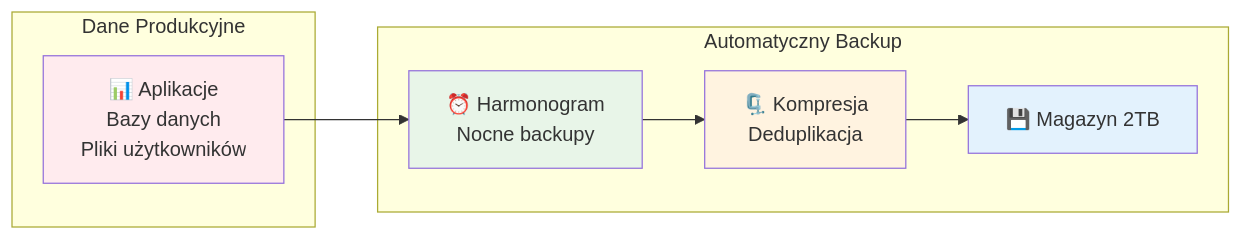
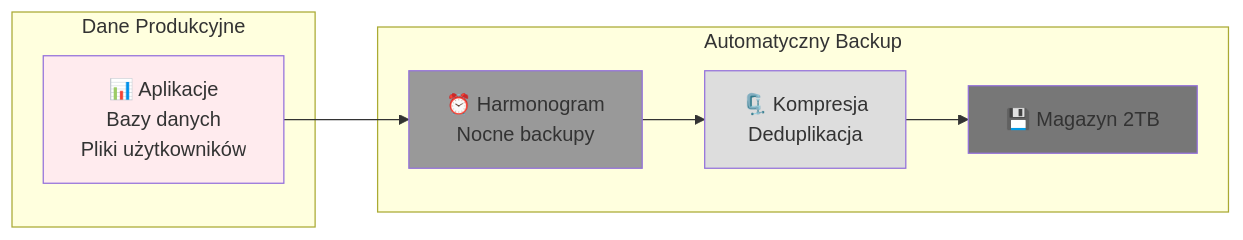
One commit to tom-sapletta-com/proxmox changed the seventh of 7 diagrams in README.md. Above: the diagram before and after it, drawn with Mermaid. The commit also changed other lines of this file, not shown here.

````diff
--- a/README.md
+++ b/README.md
@@ -347,21 +347,21 @@
 ```mermaid
 flowchart LR
     subgraph "Dane Produkcyjne"
         PROD[📊 Aplikacje<br/>Bazy danych<br/>Pliki użytkowników]
     end
     
     subgraph "Automatyczny Backup"
         SCHEDULE[⏰ Harmonogram<br/>Nocne backupy]
         COMPRESS[🗜️ Kompresja<br/>Deduplikacja]
         STORE[💾 Magazyn 2TB]
     end
     
     PROD --> SCHEDULE
     SCHEDULE --> COMPRESS
     COMPRESS --> STORE
     
     style PROD fill:#ffebee
-    style SCHEDULE fill:#e8f5e8
-    style COMPRESS fill:#fff3e0
-    style STORE fill:#e3f2fd
+    style SCHEDULE fill:#999999
+    style COMPRESS fill:#dddddd
+    style STORE fill:#777777
 ```
````
